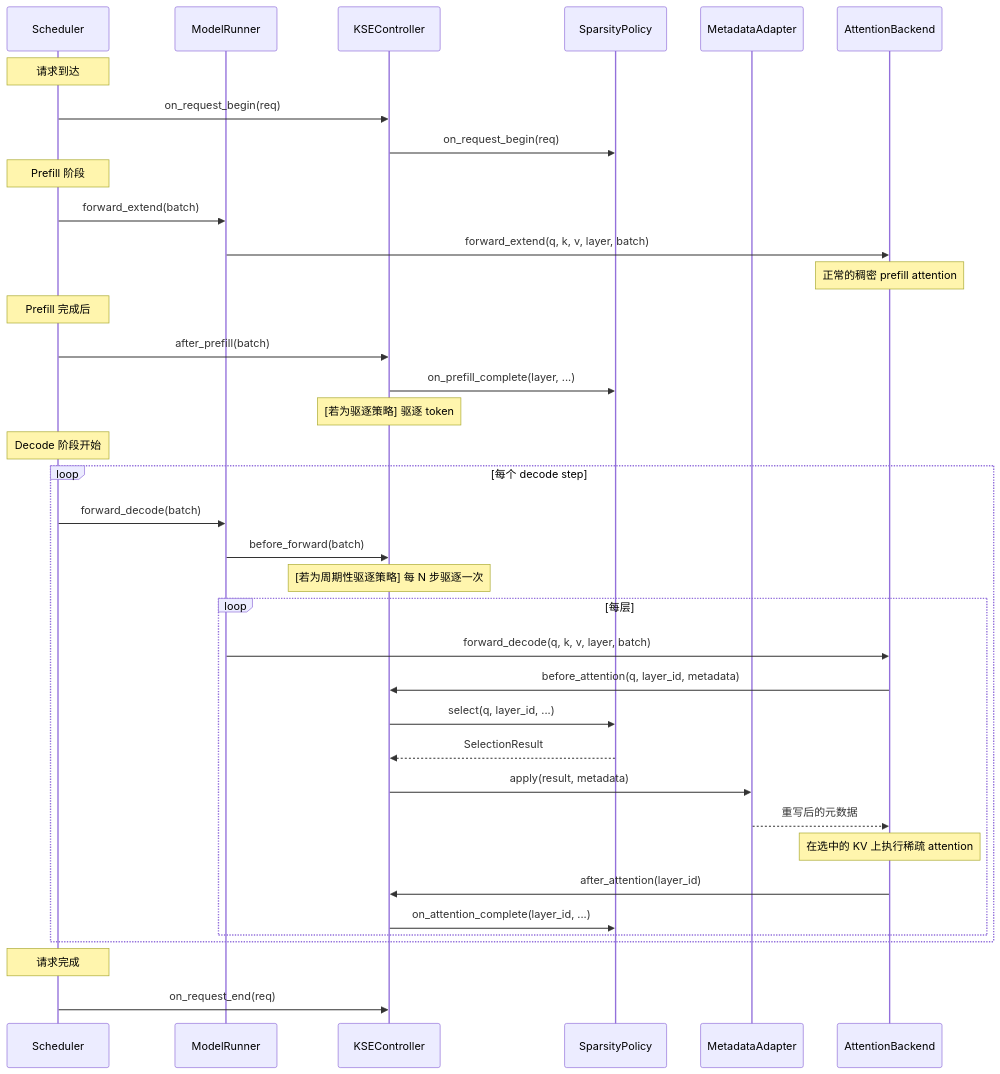
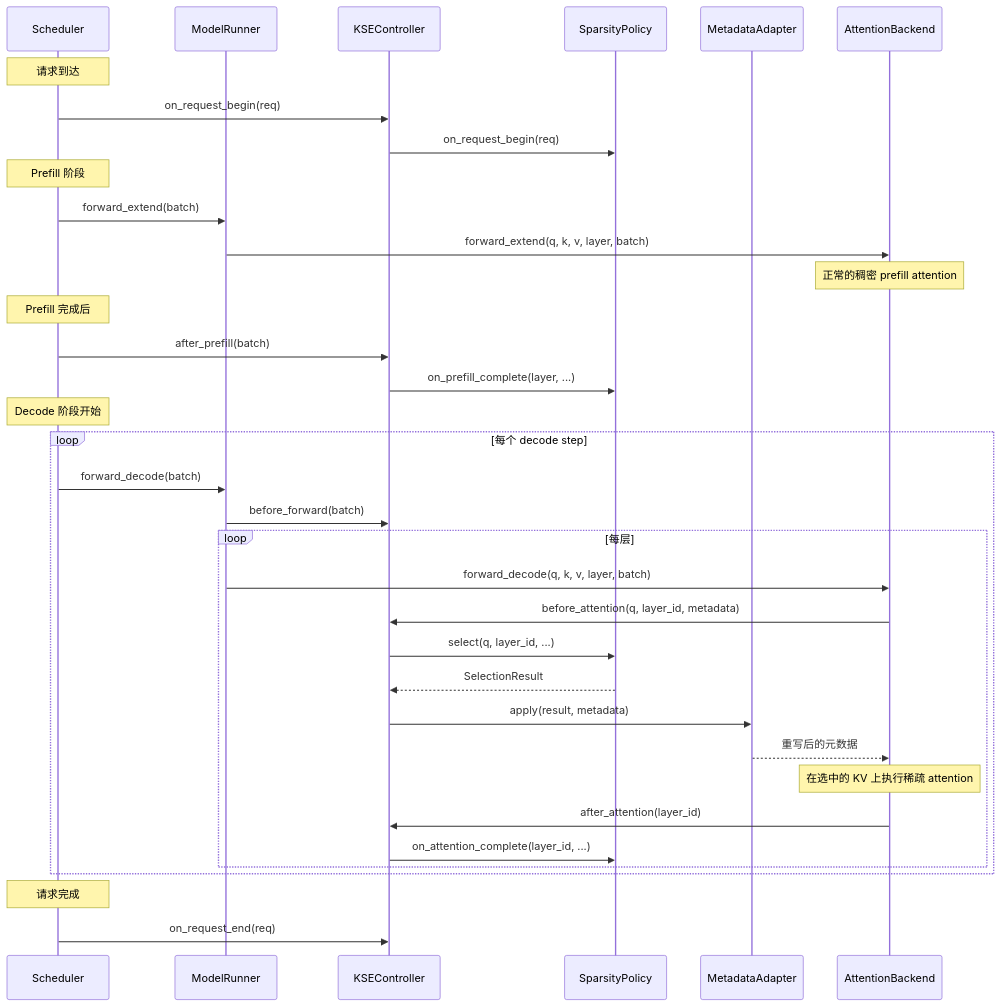
The second of 2 diagrams in docs/advanced_features/kv_cache_sparsity_engine-zh.md (magicYang1573/sglang), drawn with Mermaid before and after one commit. The commit also changed other lines of this file and 10 other files, not shown here.

````diff
--- a/docs/advanced_features/kv_cache_sparsity_engine-zh.md
+++ b/docs/advanced_features/kv_cache_sparsity_engine-zh.md
@@ -677,45 +606,43 @@
 ```mermaid
 sequenceDiagram
     participant Scheduler
     participant ModelRunner
     participant KSEController
     participant SparsityPolicy
     participant MetadataAdapter
     participant AttentionBackend
 
     Note over Scheduler: 请求到达
     Scheduler->>KSEController: on_request_begin(req)
     KSEController->>SparsityPolicy: on_request_begin(req)
 
     Note over Scheduler: Prefill 阶段
     Scheduler->>ModelRunner: forward_extend(batch)
     ModelRunner->>AttentionBackend: forward_extend(q, k, v, layer, batch)
     Note over AttentionBackend: 正常的稠密 prefill attention
 
     Note over Scheduler: Prefill 完成后
     Scheduler->>KSEController: after_prefill(batch)
     KSEController->>SparsityPolicy: on_prefill_complete(layer, ...)
-    Note over KSEController: [若为驱逐策略] 驱逐 token
 
     Note over Scheduler: Decode 阶段开始
     loop 每个 decode step
         Scheduler->>ModelRunner: forward_decode(batch)
         ModelRunner->>KSEController: before_forward(batch)
-        Note over KSEController: [若为周期性驱逐策略] 每 N 步驱逐一次
 
         loop 每层
             ModelRunner->>AttentionBackend: forward_decode(q, k, v, layer, batch)
             AttentionBackend->>KSEController: before_attention(q, layer_id, metadata)
             KSEController->>SparsityPolicy: select(q, layer_id, ...)
             SparsityPolicy-->>KSEController: SelectionResult
             KSEController->>MetadataAdapter: apply(result, metadata)
             MetadataAdapter-->>AttentionBackend: 重写后的元数据
             Note over AttentionBackend: 在选中的 KV 上执行稀疏 attention
             AttentionBackend->>KSEController: after_attention(layer_id)
             KSEController->>SparsityPolicy: on_attention_complete(layer_id, ...)
         end
     end
 
     Note over Scheduler: 请求完成
     Scheduler->>KSEController: on_request_end(req)
 ```
````
